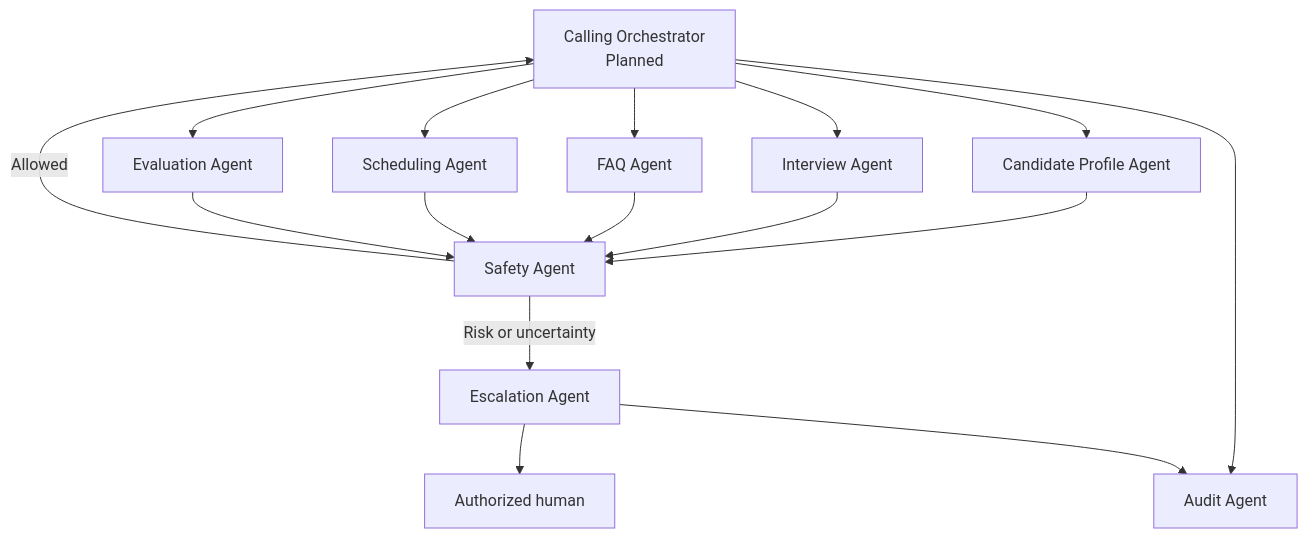
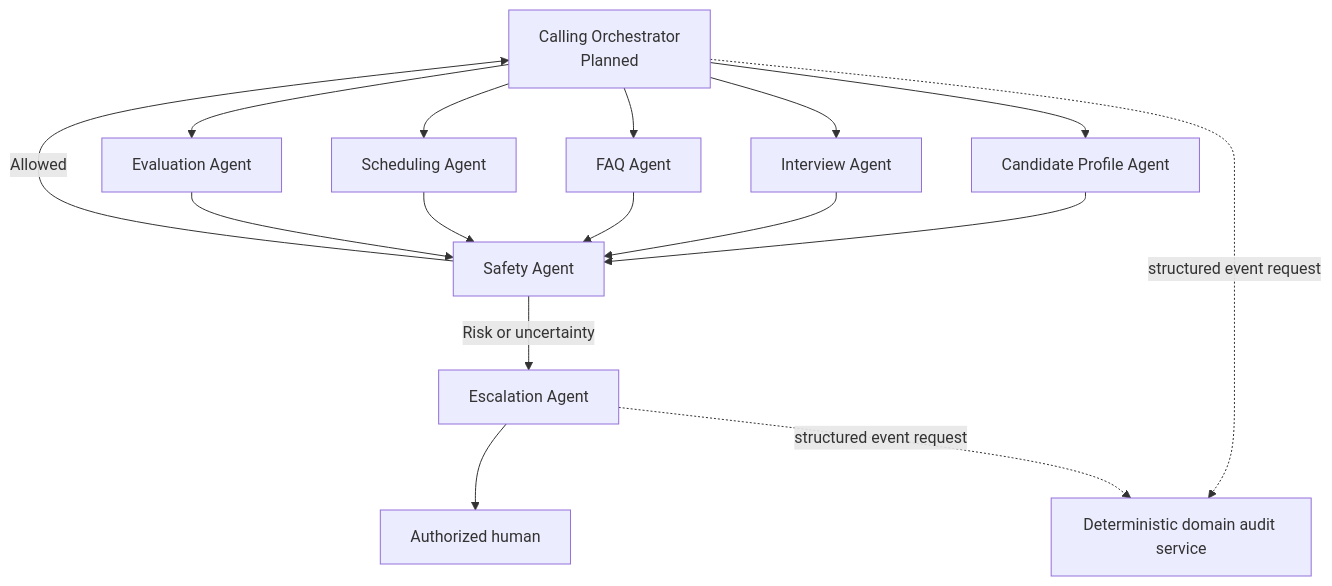
Before and after one commit to hamzadugal21/MultiAgentCaller: the third of 4 diagrams in docs/ARCHITECTURE.md, drawn with Mermaid. The commit also changed other lines of this file and 7 other files, not shown here.

Commit message:
feat: add deterministic domain audit service

````diff
--- a/docs/ARCHITECTURE.md
+++ b/docs/ARCHITECTURE.md
@@ -86,18 +86,18 @@
 ```mermaid
 flowchart TB
     O[Calling Orchestrator<br/>Planned] --> P[Candidate Profile Agent]
     O --> I[Interview Agent]
     O --> F[FAQ Agent]
     O --> S[Scheduling Agent]
     O --> E[Evaluation Agent]
     P --> SAFE[Safety Agent]
     I --> SAFE
     F --> SAFE
     S --> SAFE
     E --> SAFE
     SAFE -->|Allowed| O
     SAFE -->|Risk or uncertainty| ESC[Escalation Agent]
     ESC --> HUMAN[Authorized human]
-    O --> AUD[Audit Agent]
-    ESC --> AUD
+    O -. structured event request .-> AUD[Deterministic domain audit service]
+    ESC -. structured event request .-> AUD
 ```
````
